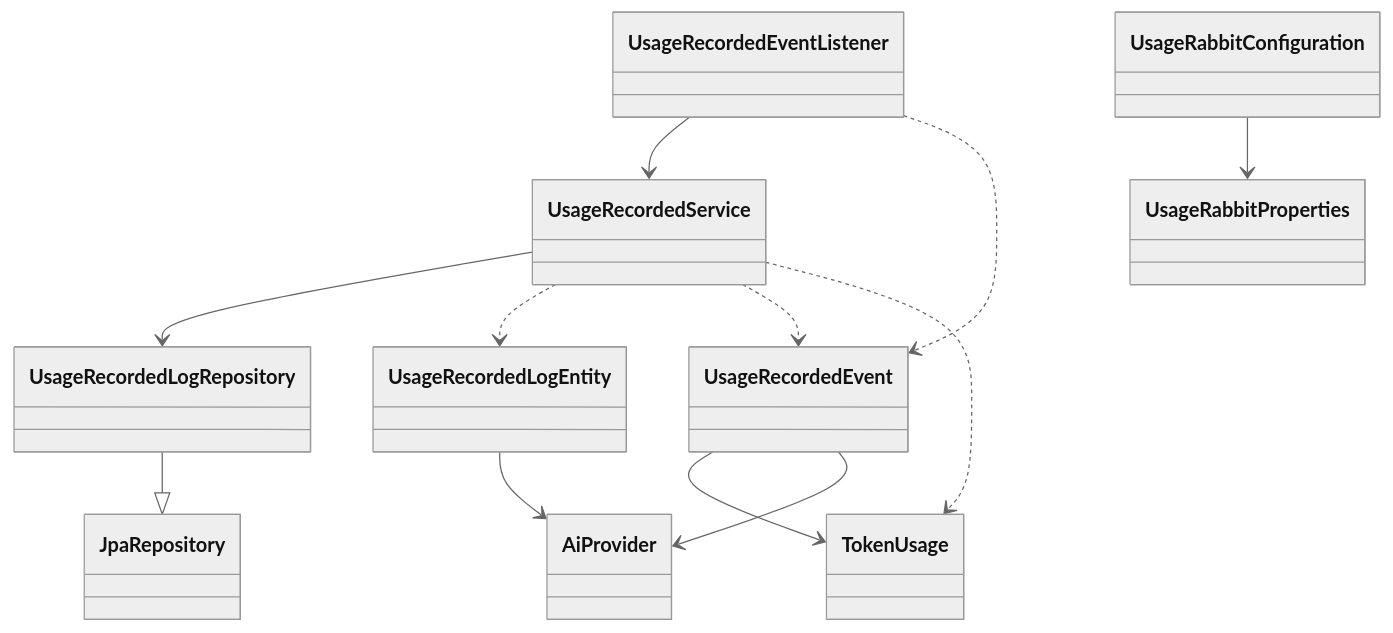
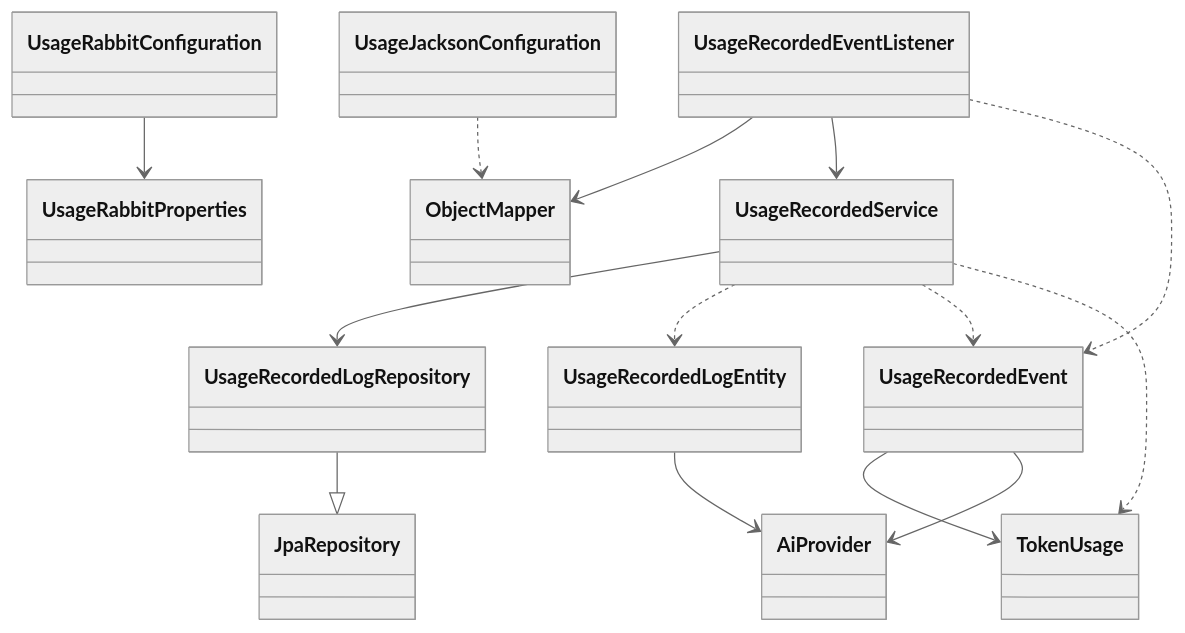
Before and after one commit to Park-Yena00/ai-api-usage-monitor: the sixth of 7 diagrams in docs/class-diagram.md, drawn with Mermaid (neutral theme). The commit also changed other lines of this file, not shown here.

First line of the commit message:
Docs: class-diagram.md 수정

````diff
--- a/docs/class-diagram.md
+++ b/docs/class-diagram.md
@@ -247,27 +213,31 @@
 ```mermaid
 classDiagram
 direction TB
 
 class UsageRecordedEventListener
 class UsageRecordedService
 class UsageRecordedLogRepository
 class UsageRecordedLogEntity
 class JpaRepository
 class UsageRabbitConfiguration
 class UsageRabbitProperties
+class UsageJacksonConfiguration
+class ObjectMapper
 class UsageRecordedEvent
 class TokenUsage
 class AiProvider
 
+UsageJacksonConfiguration ..> ObjectMapper
+UsageRecordedEventListener --> ObjectMapper
 UsageRecordedEventListener --> UsageRecordedService
 UsageRecordedEventListener ..> UsageRecordedEvent
 UsageRecordedService --> UsageRecordedLogRepository
 UsageRecordedService ..> UsageRecordedLogEntity
 UsageRecordedService ..> UsageRecordedEvent
 UsageRecordedService ..> TokenUsage
 UsageRecordedLogRepository --|> JpaRepository
 UsageRecordedLogEntity --> AiProvider
 UsageRabbitConfiguration --> UsageRabbitProperties
 UsageRecordedEvent --> TokenUsage
 UsageRecordedEvent --> AiProvider
 ```
````
